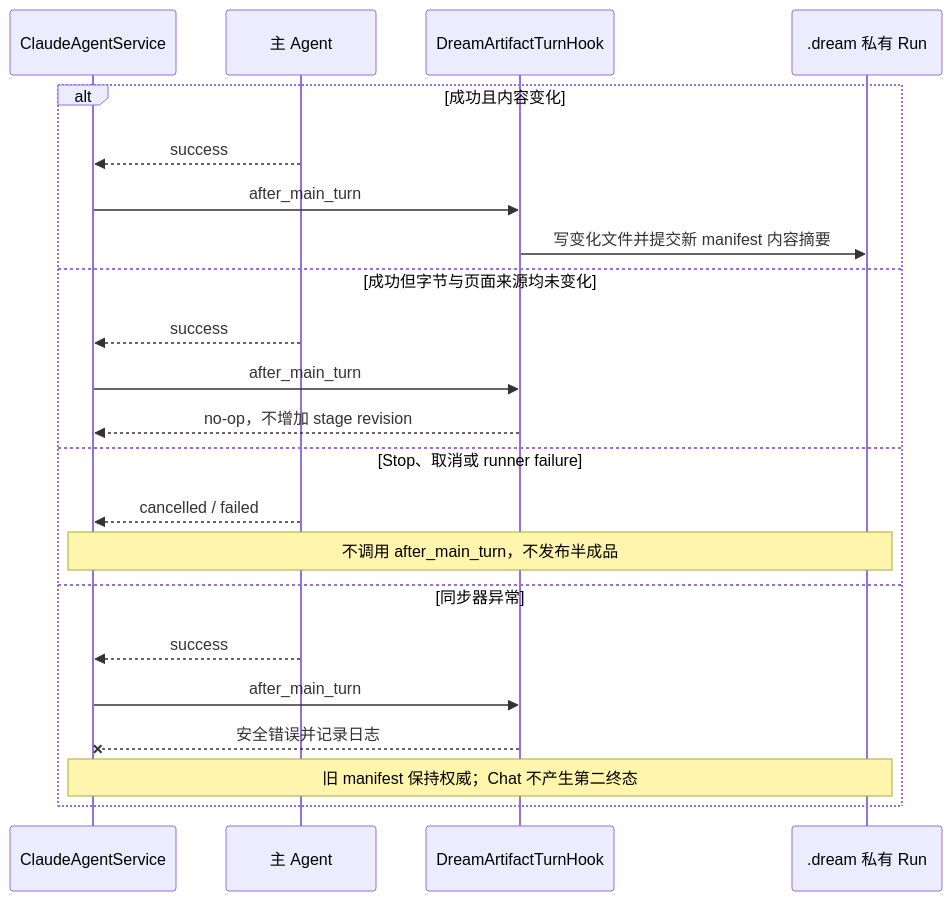
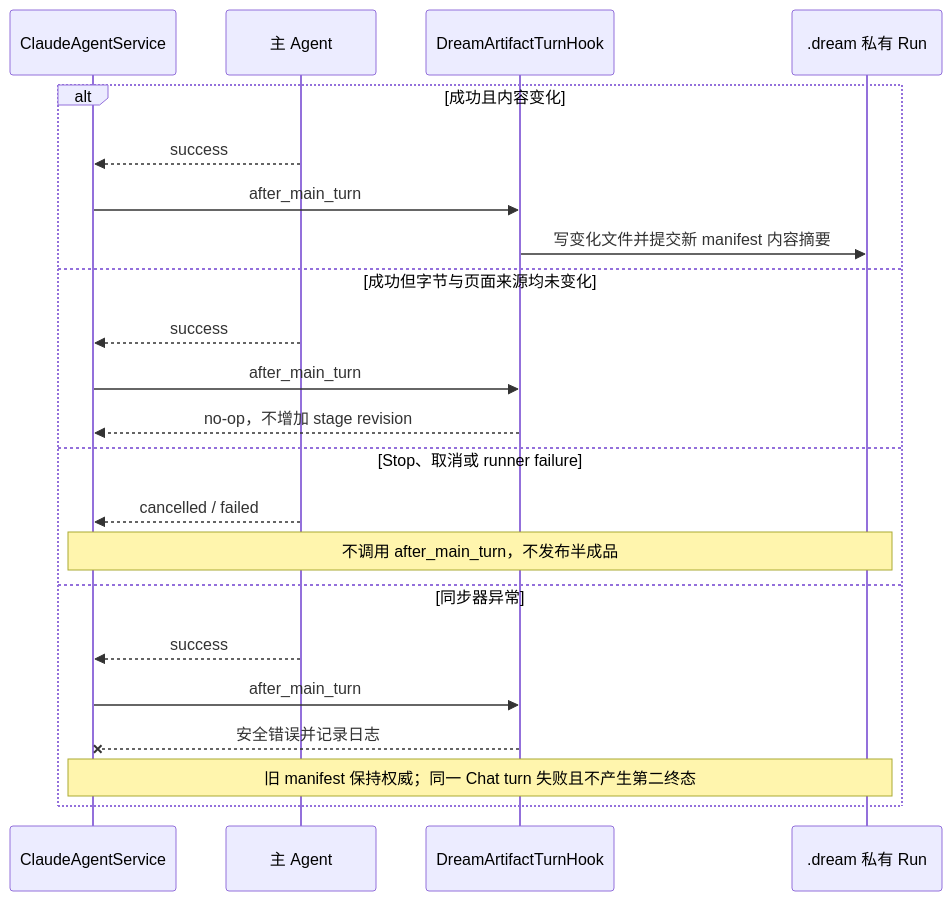
Before and after one commit to glide-the/im-dream: the second of 3 diagrams in docs/design/dream-agent/deck-output-sync-design.md, drawn with Mermaid. The commit also changed other lines of this file and 99 other files, not shown here.

````diff
--- a/docs/design/dream-agent/deck-output-sync-design.md
+++ b/docs/design/dream-agent/deck-output-sync-design.md
@@ -120,25 +123,25 @@
 ```mermaid
 sequenceDiagram
     participant S as ClaudeAgentService
     participant A as 主 Agent
     participant H as DreamArtifactTurnHook
     participant P as .dream 私有 Run
 
     alt 成功且内容变化
         A-->>S: success
         S->>H: after_main_turn
         H->>P: 写变化文件并提交新 manifest 内容摘要
     else 成功但字节与页面来源均未变化
         A-->>S: success
         S->>H: after_main_turn
         H-->>S: no-op，不增加 stage revision
     else Stop、取消或 runner failure
         A-->>S: cancelled / failed
         Note over S,P: 不调用 after_main_turn，不发布半成品
     else 同步器异常
         A-->>S: success
         S->>H: after_main_turn
         H--xS: 安全错误并记录日志
-        Note over S,P: 旧 manifest 保持权威；Chat 不产生第二终态
+        Note over S,P: 旧 manifest 保持权威；同一 Chat turn 失败且不产生第二终态
     end
 ```
````
